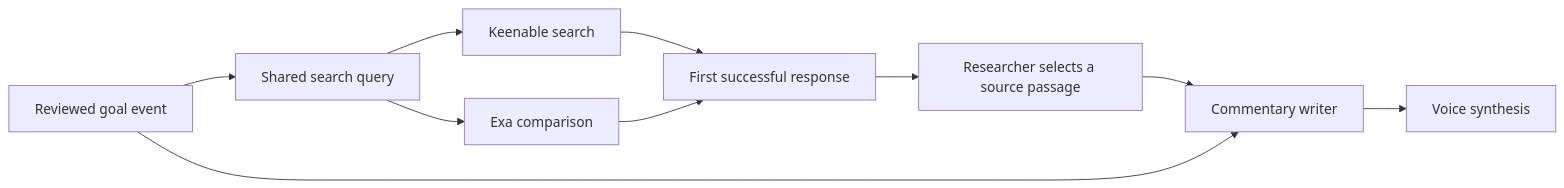
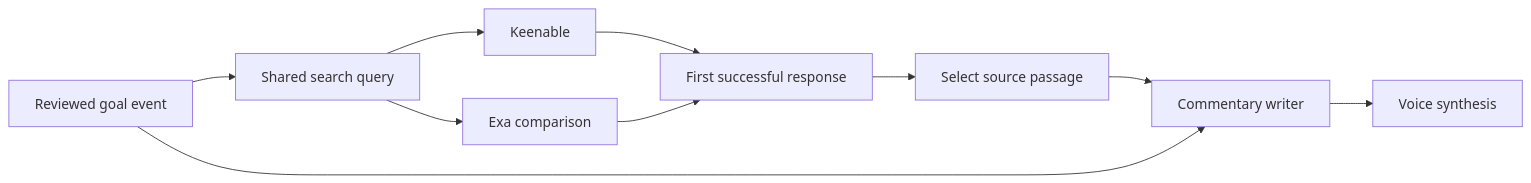
The second of 2 diagrams in README.md (aarshroongta1/live-soccer-commentary), drawn with Mermaid before and after one commit. The commit also changed other lines of this file, not shown here.

````diff
--- a/README.md
+++ b/README.md
@@ -94,12 +88,12 @@
 ```mermaid
 flowchart LR
     E[Reviewed goal event] --> Q[Shared search query]
-    Q --> K[Keenable search]
+    Q --> K[Keenable]
     Q --> X[Exa comparison]
     K --> R[First successful response]
     X --> R
-    R --> F[Researcher selects a source passage]
+    R --> F[Select source passage]
     F --> W[Commentary writer]
     E --> W
     W --> T[Voice synthesis]
 ```
````
